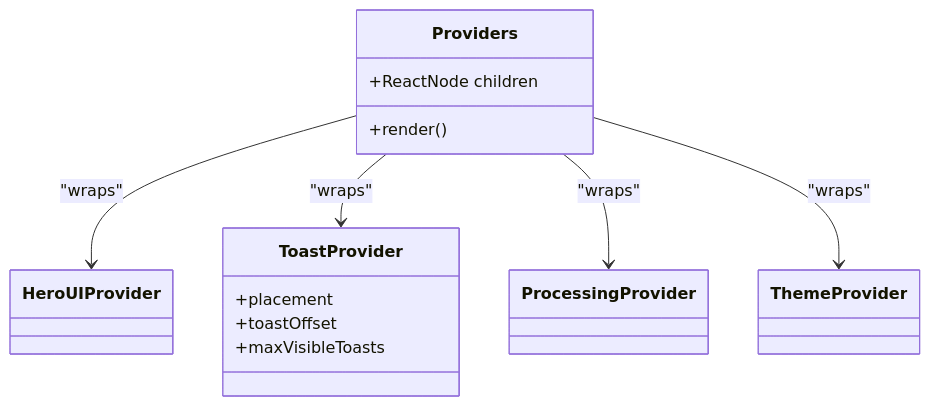
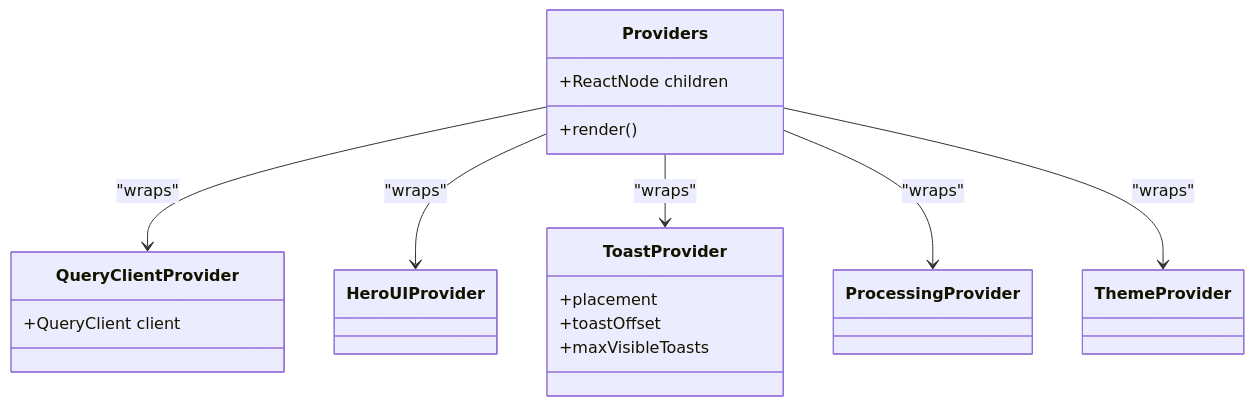
One commit to ptnghia-j/ChordMiniApp changed the fourth of 9 diagrams in .qoder/repowiki/en/content/Frontend Application/Next.js Application Architecture.md. Above: the diagram before and after it, drawn with Mermaid. The commit also changed other lines of this file and 64 other files, not shown here.

````diff
--- a/.qoder/repowiki/en/content/Frontend Application/Next.js Application Architecture.md
+++ b/.qoder/repowiki/en/content/Frontend Application/Next.js Application Architecture.md
@@ -185,19 +186,23 @@
 ```mermaid
 classDiagram
 class Providers {
 +ReactNode children
 +render()
+}
+class QueryClientProvider {
++QueryClient client
 }
 class HeroUIProvider
 class ToastProvider {
 +placement
 +toastOffset
 +maxVisibleToasts
 }
 class ProcessingProvider
 class ThemeProvider
+Providers --> QueryClientProvider : "wraps"
 Providers --> HeroUIProvider : "wraps"
 Providers --> ToastProvider : "wraps"
 Providers --> ProcessingProvider : "wraps"
 Providers --> ThemeProvider : "wraps"
 ```
````
